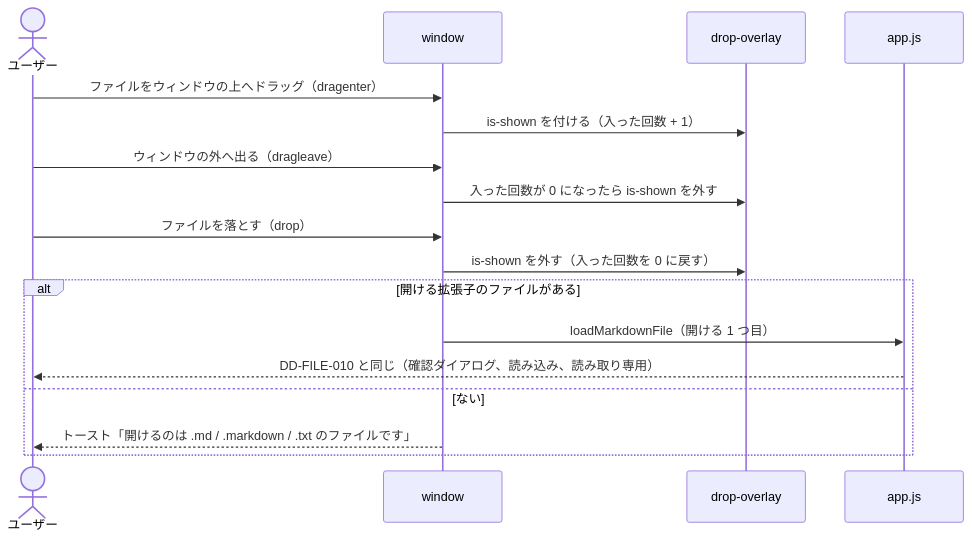
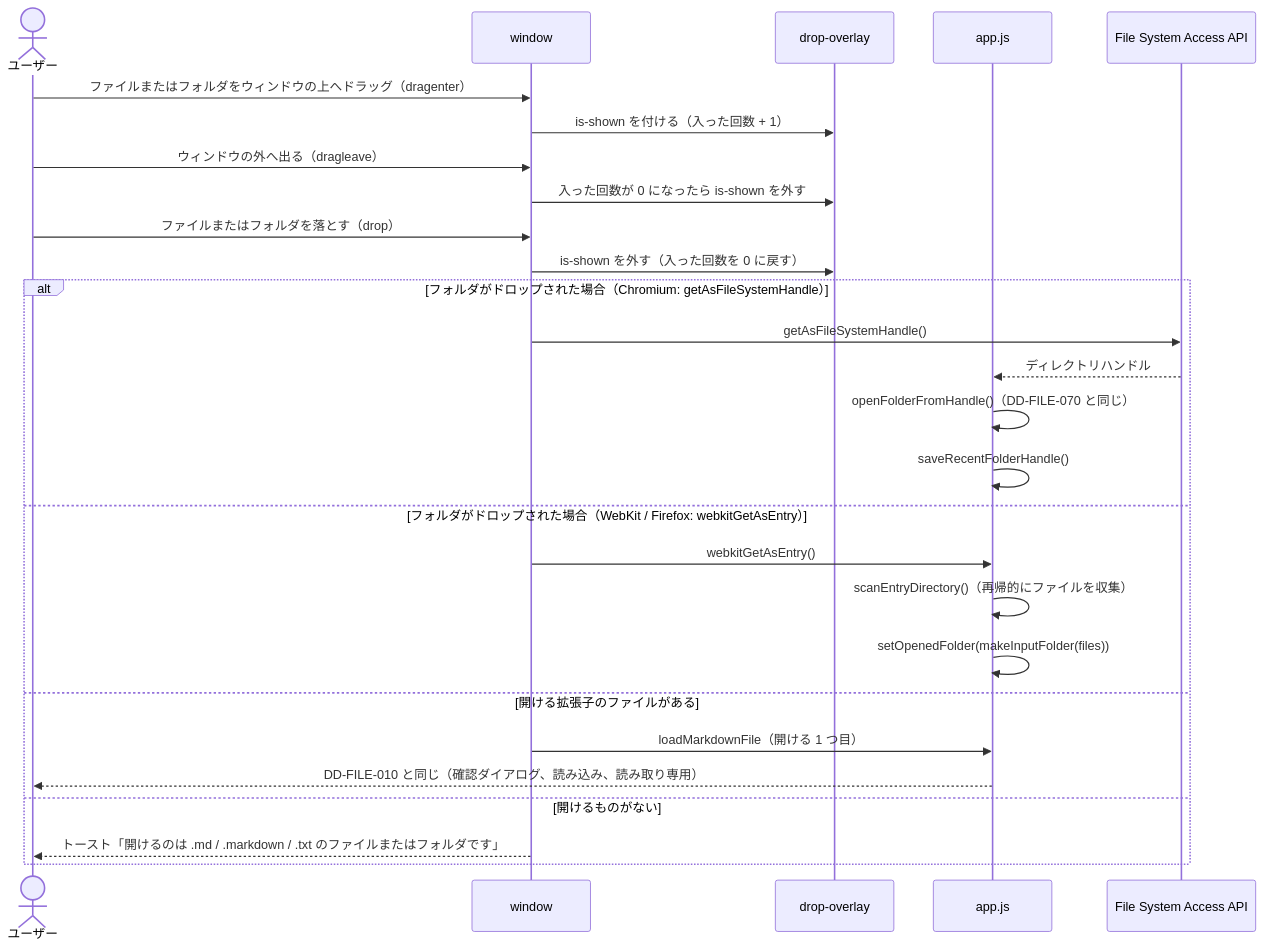
Before and after one commit to prankster-freedom/Lucivo: the second of 3 diagrams in doc/3.sw_design_notes/features/file-loading.md, drawn with Mermaid. The commit also changed other lines of this file and 7 other files, not shown here.

````diff
--- a/doc/3.sw_design_notes/features/file-loading.md
+++ b/doc/3.sw_design_notes/features/file-loading.md
@@ -99,19 +99,29 @@
 ```mermaid
 sequenceDiagram
   actor User as ユーザー
   participant Win as window
   participant Overlay as drop-overlay
   participant App as app.js
-  User->>Win: ファイルをウィンドウの上へドラッグ（dragenter）
+  participant FSA as File System Access API
+  User->>Win: ファイルまたはフォルダをウィンドウの上へドラッグ（dragenter）
   Win->>Overlay: is-shown を付ける（入った回数 + 1）
   User->>Win: ウィンドウの外へ出る（dragleave）
   Win->>Overlay: 入った回数が 0 になったら is-shown を外す
-  User->>Win: ファイルを落とす（drop）
+  User->>Win: ファイルまたはフォルダを落とす（drop）
   Win->>Overlay: is-shown を外す（入った回数を 0 に戻す）
-  alt 開ける拡張子のファイルがある
+  alt フォルダがドロップされた場合（Chromium: getAsFileSystemHandle）
+    Win->>FSA: getAsFileSystemHandle()
+    FSA-->>App: ディレクトリハンドル
+    App->>App: openFolderFromHandle()（DD-FILE-070 と同じ）
+    App->>App: saveRecentFolderHandle()
+  else フォルダがドロップされた場合（WebKit / Firefox: webkitGetAsEntry）
+    Win->>App: webkitGetAsEntry()
+    App->>App: scanEntryDirectory()（再帰的にファイルを収集）
+    App->>App: setOpenedFolder(makeInputFolder(files))
+  else 開ける拡張子のファイルがある
     Win->>App: loadMarkdownFile（開ける 1 つ目）
     App-->>User: DD-FILE-010 と同じ（確認ダイアログ、読み込み、読み取り専用）
-  else ない
-    Win-->>User: トースト「開けるのは .md / .markdown / .txt のファイルです」
+  else 開けるものがない
+    Win-->>User: トースト「開けるのは .md / .markdown / .txt のファイルまたはフォルダです」
   end
 ```
````
